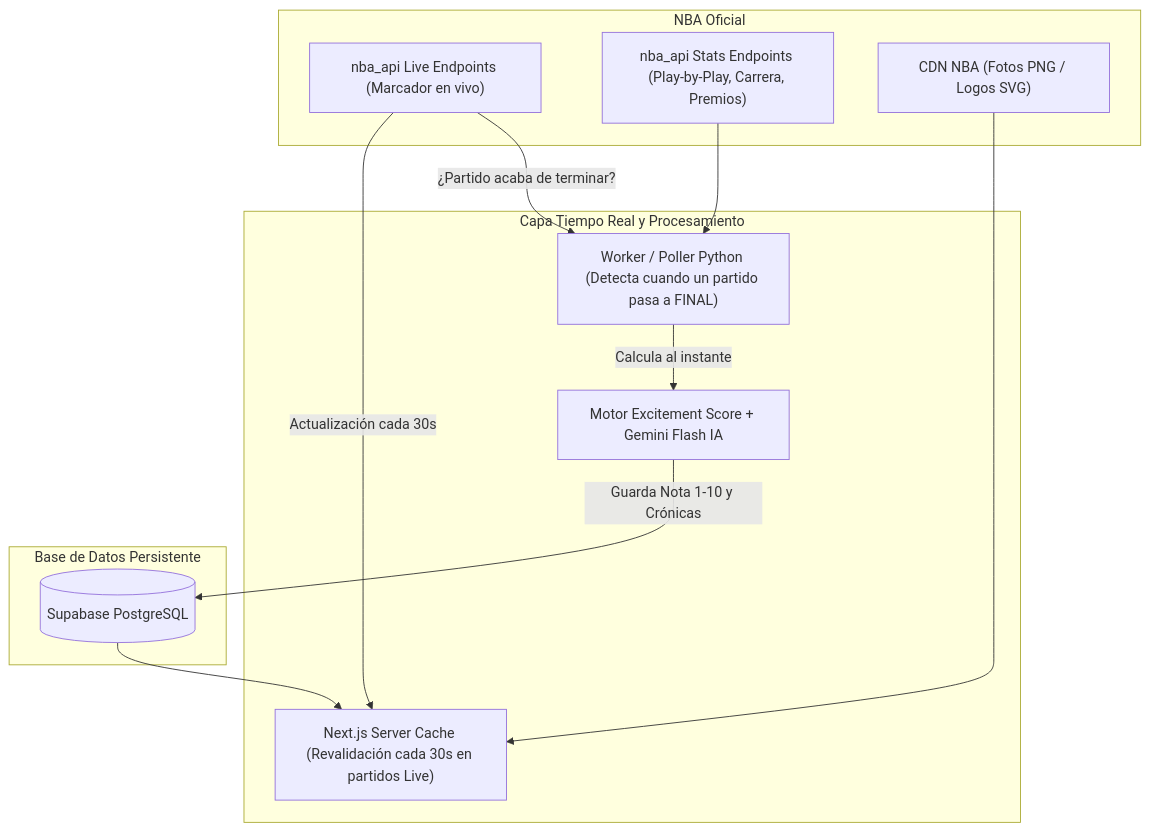
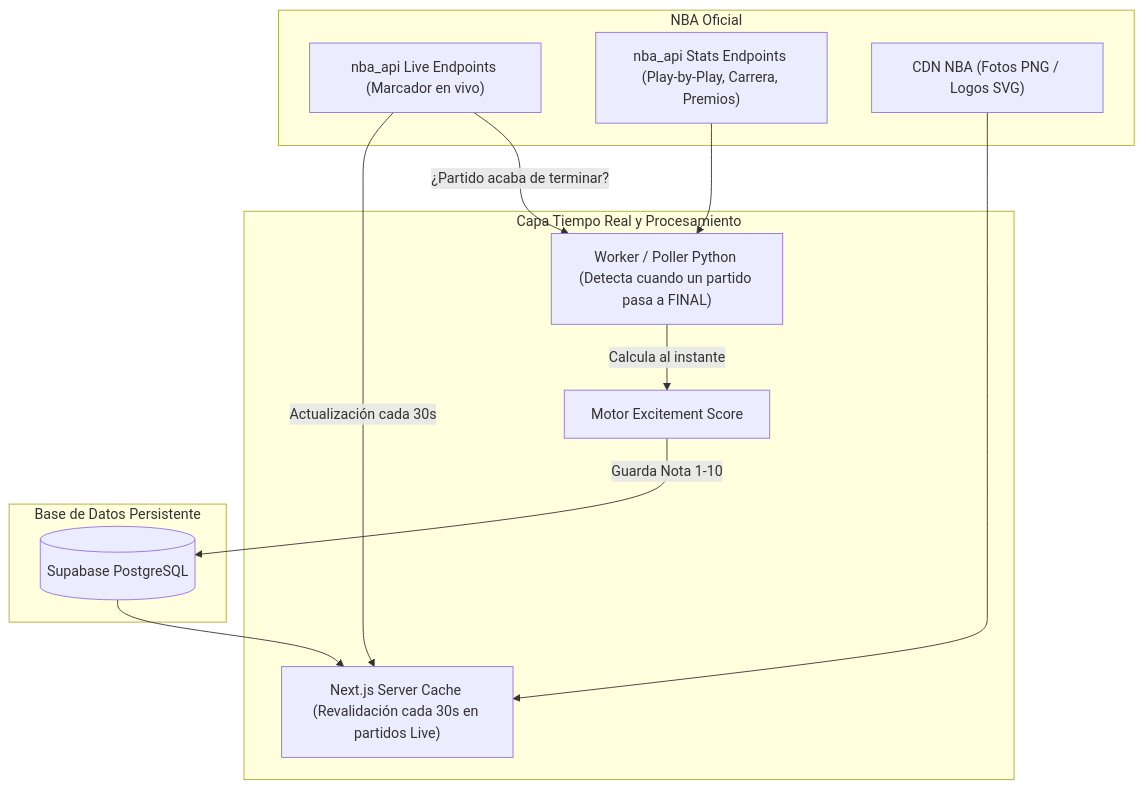
One commit to apf310/hoopmeter changed the first of 2 diagrams in README.md. Above: the diagram before and after it, drawn with Mermaid. The commit also changed other lines of this file and 219 other files, not shown here.

````diff
--- a/README.md
+++ b/README.md
@@ -89,26 +87,26 @@
 ```mermaid
 flowchart TD
     subgraph NBA Oficial
         L["nba_api Live Endpoints (Marcador en vivo)"]
         S["nba_api Stats Endpoints (Play-by-Play, Carrera, Premios)"]
         C["CDN NBA (Fotos PNG / Logos SVG)"]
     end
 
     subgraph Capa Tiempo Real y Procesamiento
         N["Next.js Server Cache (Revalidación cada 30s en partidos Live)"]
         W["Worker / Poller Python (Detecta cuando un partido pasa a FINAL)"]
-        AI["Motor Excitement Score + Gemini Flash IA"]
+        AI["Motor Excitement Score"]
     end
 
     subgraph Base de Datos Persistente
         DB[("Supabase PostgreSQL")]
     end
 
     L -->|"Actualización cada 30s"| N
     L -->|"¿Partido acaba de terminar?"| W
     S --> W
     W -->|"Calcula al instante"| AI
-    AI -->|"Guarda Nota 1-10 y Crónicas"| DB
+    AI -->|"Guarda Nota 1-10"| DB
     DB --> N
     C --> N
 ```
````
